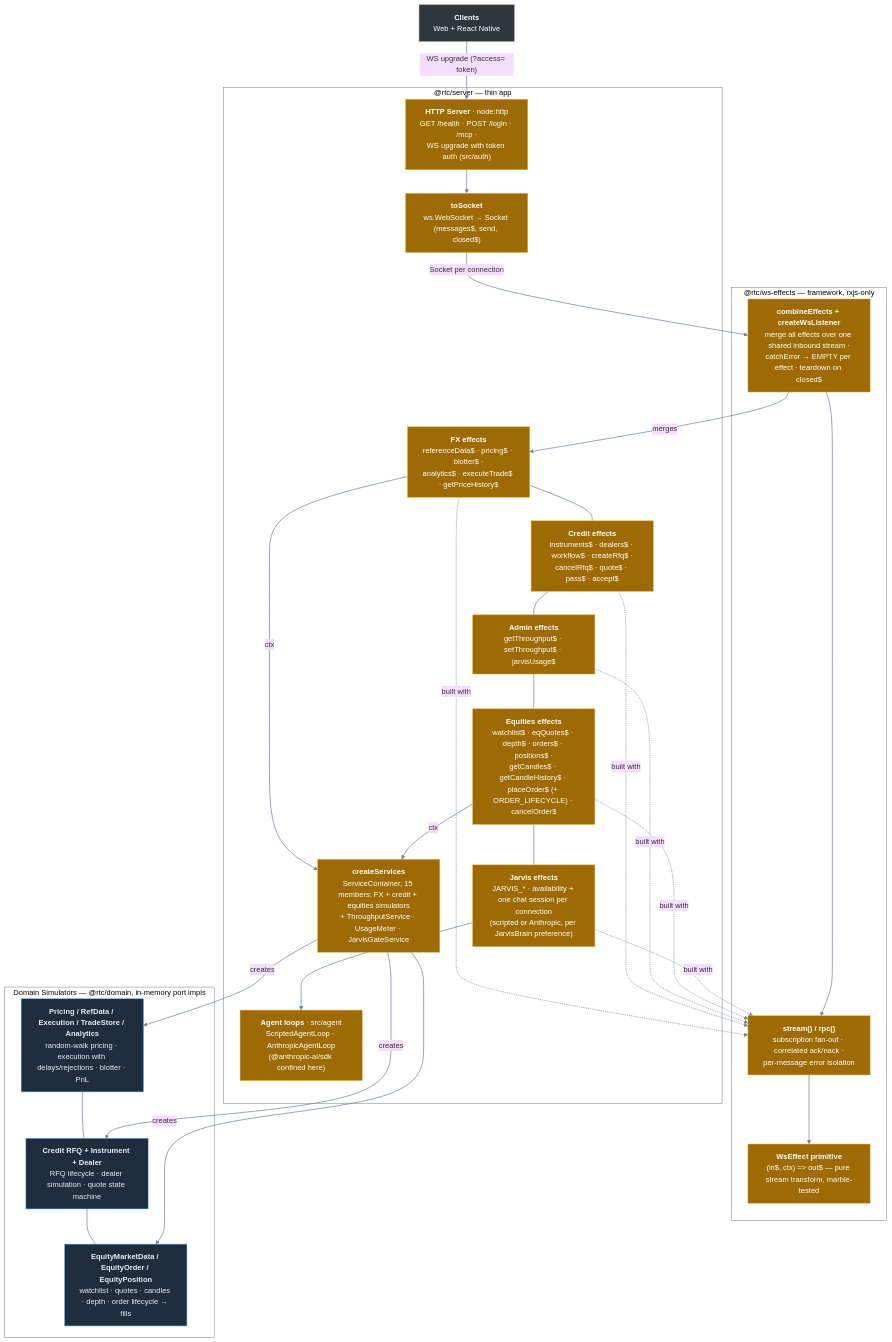
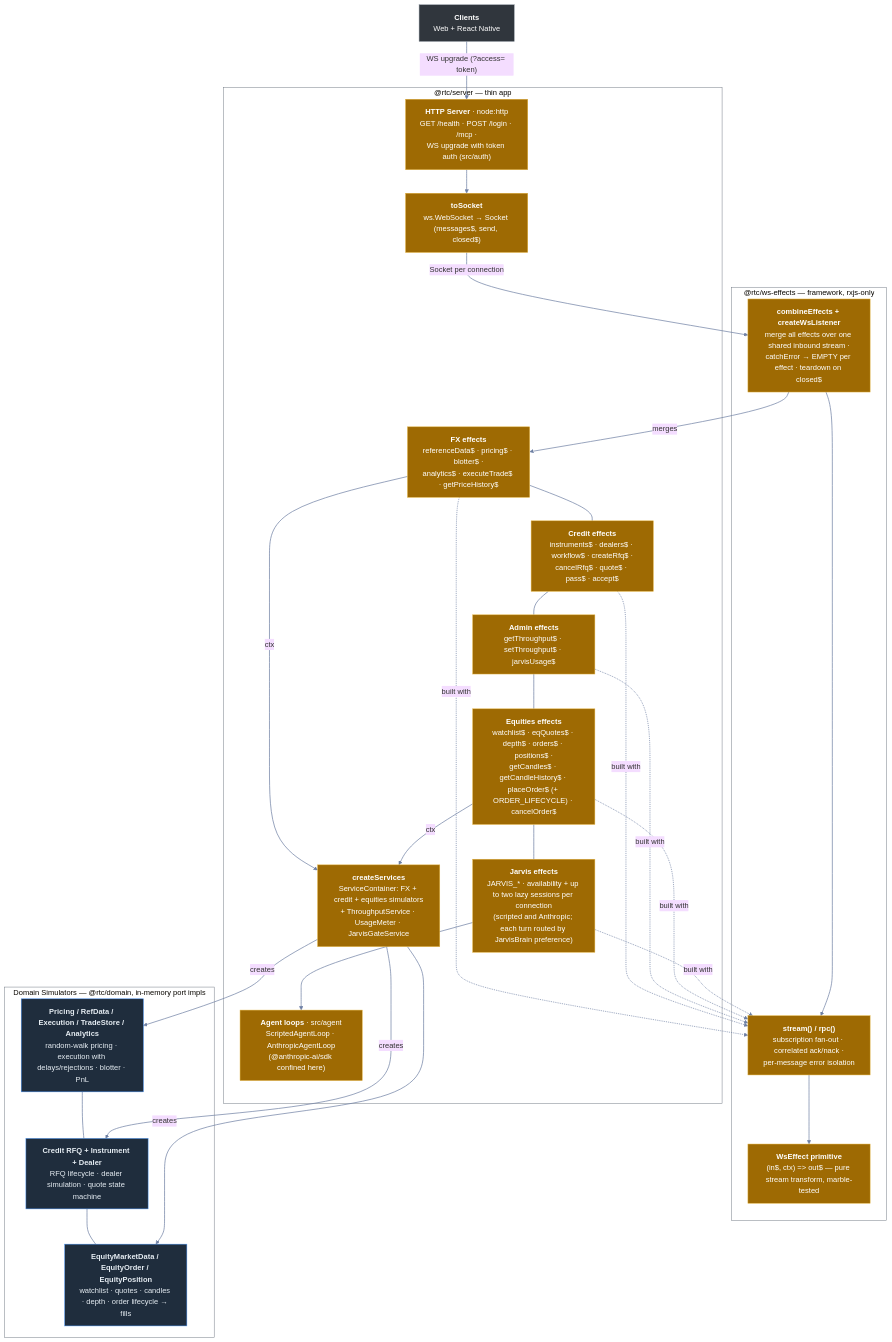
One commit to bettersoftware-io/ReactiveTraderCloudClone changed the seventh of 7 diagrams in docs/architecture/02-c4-model.md. Above: the diagram before and after it, drawn with Mermaid (base theme). The commit also changed other lines of this file and 7 other files, not shown here.

First line of the commit message:
docs(architecture): fix round 1 on the structure chapters

````diff
--- a/docs/architecture/02-c4-model.md
+++ b/docs/architecture/02-c4-model.md
@@ -405,51 +405,51 @@
 ```mermaid
 flowchart TB
     client["<b>Clients</b><br/>Web + React Native"]:::actor
 
     subgraph srv["@rtc/server — thin app"]
         http["<b>HTTP Server</b> · node:http<br/>GET /health · POST /login · /mcp ·<br/>WS upgrade with token auth (src/auth)"]:::server
         toSocket["<b>toSocket</b><br/>ws.WebSocket → Socket (messages$, send, closed$)"]:::server
         fxFx["<b>FX effects</b><br/>referenceData$ · pricing$ · blotter$ ·<br/>analytics$ · executeTrade$ · getPriceHistory$"]:::server
         fxCredit["<b>Credit effects</b><br/>instruments$ · dealers$ · workflow$ · createRfq$ ·<br/>cancelRfq$ · quote$ · pass$ · accept$"]:::server
         fxAdmin["<b>Admin effects</b><br/>getThroughput$ · setThroughput$ · jarvisUsage$"]:::server
         fxEq["<b>Equities effects</b><br/>watchlist$ · eqQuotes$ · depth$ · orders$ · positions$ ·<br/>getCandles$ · getCandleHistory$ · placeOrder$ (+ ORDER_LIFECYCLE) · cancelOrder$"]:::server
-        fxJarvis["<b>Jarvis effects</b><br/>JARVIS_* · availability + one chat session per connection<br/>(scripted or Anthropic, per JarvisBrain preference)"]:::server
+        fxJarvis["<b>Jarvis effects</b><br/>JARVIS_* · availability + up to two lazy sessions per connection<br/>(scripted and Anthropic; each turn routed by JarvisBrain preference)"]:::server
         agent["<b>Agent loops</b> · src/agent<br/>ScriptedAgentLoop · AnthropicAgentLoop<br/>(@anthropic-ai/sdk confined here)"]:::server
-        svcContainer["<b>createServices</b><br/>ServiceContainer, 15 members: FX + credit + equities simulators<br/>+ ThroughputService · UsageMeter · JarvisGateService"]:::server
+        svcContainer["<b>createServices</b><br/>ServiceContainer: FX + credit + equities simulators<br/>+ ThroughputService · UsageMeter · JarvisGateService"]:::server
         http --> toSocket
         fxFx ~~~ fxCredit ~~~ fxAdmin ~~~ fxEq
         fxEq ~~~ fxJarvis
         fxJarvis --> agent
     end
 
     subgraph fw["@rtc/ws-effects — framework, rxjs-only"]
         combine["<b>combineEffects + createWsListener</b><br/>merge all effects over one shared inbound stream ·<br/>catchError → EMPTY per effect · teardown on closed$"]:::server
         sugar["<b>stream() / rpc()</b><br/>subscription fan-out · correlated ack/nack ·<br/>per-message error isolation"]:::server
         effectType["<b>WsEffect primitive</b><br/>(in$, ctx) => out$ — pure stream transform, marble-tested"]:::server
         combine --> sugar --> effectType
     end
 
     subgraph simulators["Domain Simulators — @rtc/domain, in-memory port impls"]
         pricingSim["<b>Pricing / RefData / Execution / TradeStore / Analytics</b><br/>random-walk pricing · execution with delays/rejections · blotter · PnL"]:::domain
         rfqSim["<b>Credit RFQ + Instrument + Dealer</b><br/>RFQ lifecycle · dealer simulation · quote state machine"]:::domain
         eqSim["<b>EquityMarketData / EquityOrder / EquityPosition</b><br/>watchlist · quotes · candles · depth · order lifecycle → fills"]:::domain
         pricingSim ~~~ rfqSim ~~~ eqSim
     end
 
     client -->|"WS upgrade (?access= token)"| http
     toSocket -->|"Socket per connection"| combine
     combine -->|"merges"| fxFx
     fxFx & fxCredit & fxAdmin & fxEq & fxJarvis -.->|"built with"| sugar
     fxFx & fxEq -->|"ctx"| svcContainer
     svcContainer -->|"creates"| pricingSim
     svcContainer -->|"creates"| rfqSim
     svcContainer -->|"creates"| eqSim
 
     classDef actor  fill:#30363d,stroke:#8b949e,color:#ffffff
     classDef server fill:#9e6a03,stroke:#e3b341,color:#ffffff
     classDef domain fill:#1f2d3d,stroke:#4493f8,color:#e6edf3
     style srv fill:transparent,stroke:#6e7681
     style fw fill:transparent,stroke:#6e7681
     style simulators fill:transparent,stroke:#6e7681
     linkStyle default stroke:#6e7fa3,stroke-width:1.5px
 ```
````
